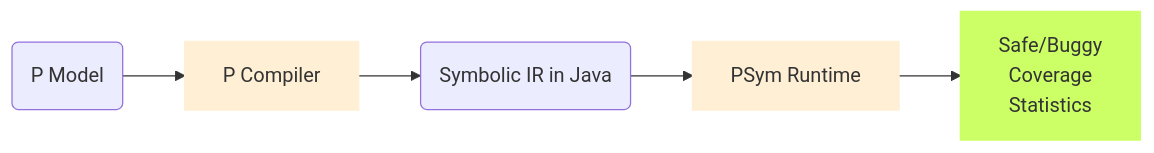
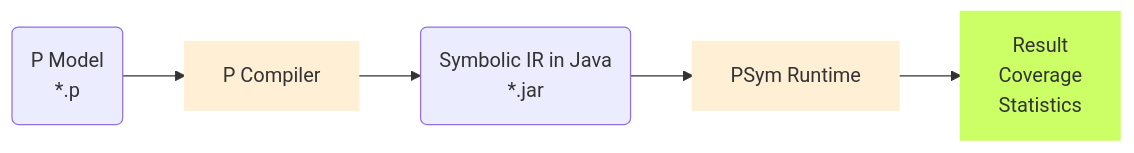
The diagram in Docs/docs/advanced/psym/whatisPSym.md (p-org/P), drawn with Mermaid before and after one commit. The commit also changed other lines of this file and 5 other files, not shown here.

````diff
--- a/Docs/docs/advanced/psym/whatisPSym.md
+++ b/Docs/docs/advanced/psym/whatisPSym.md
@@ -9,9 +20,9 @@
 ``` mermaid
 graph LR
-  Pmodel(P Model) --> Pcompiler[P Compiler]--> IR(Symbolic IR in Java) --> Psym[PSym Runtime];
-  Psym[PSym Runtime] --> Result[Safe/Buggy <br/> Coverage <br/> Statistics];
+  Pmodel(P Model <br/> *.p) --> Pcompiler[P Compiler]--> IR(Symbolic IR in Java <br/> *.jar) --> Psym[PSym Runtime];
+  Psym[PSym Runtime] --> Result[Result <br/> Coverage <br/> Statistics];
 
   style Pcompiler fill:#FFEFD5,stroke:#FFEFD5,stroke-width:2px
   style Psym fill:#FFEFD5,stroke:#FFEFD5,stroke-width:2px
   style Result fill:#CCFF66,stroke:#CCFF66,stroke-width:2px
 ```
````
